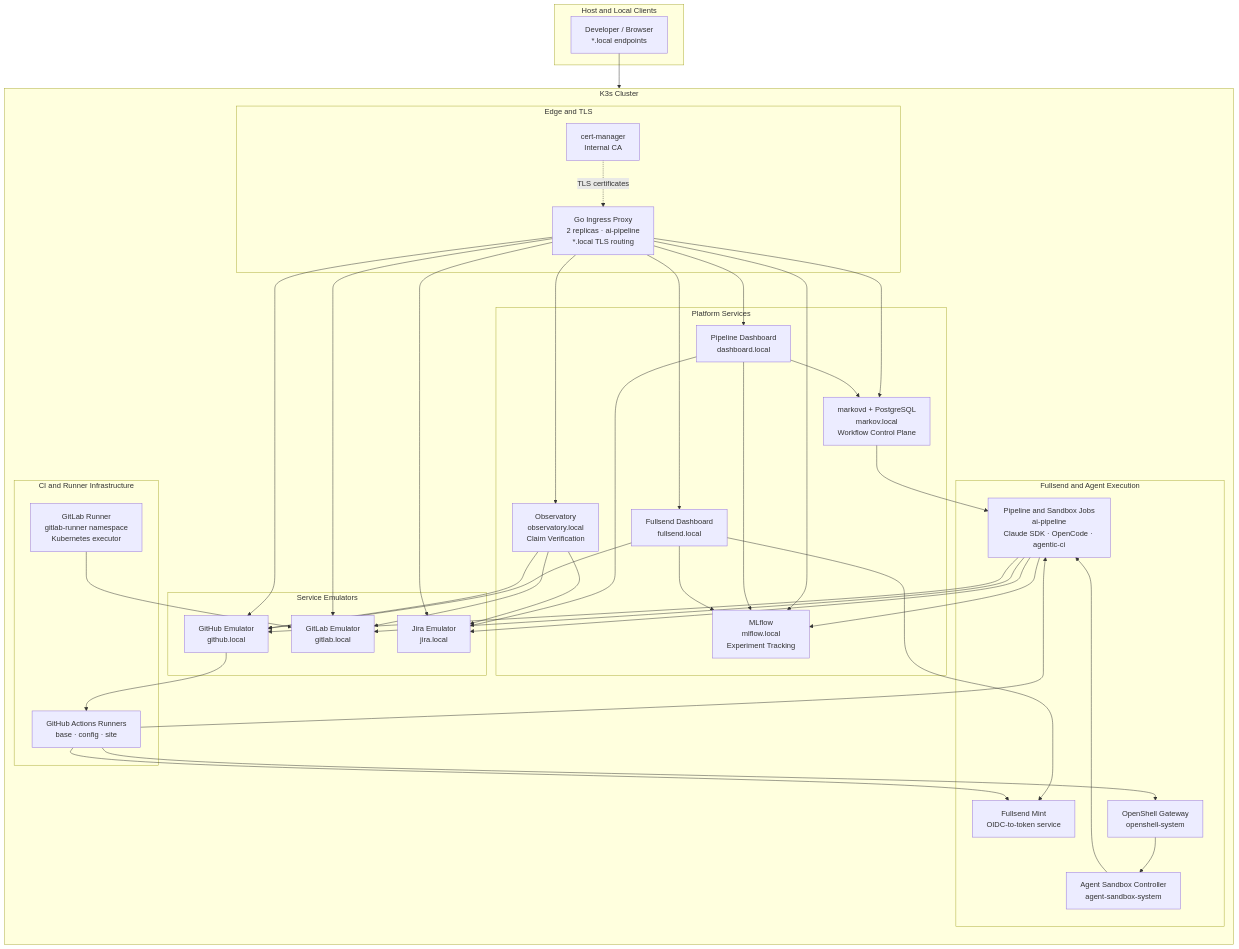
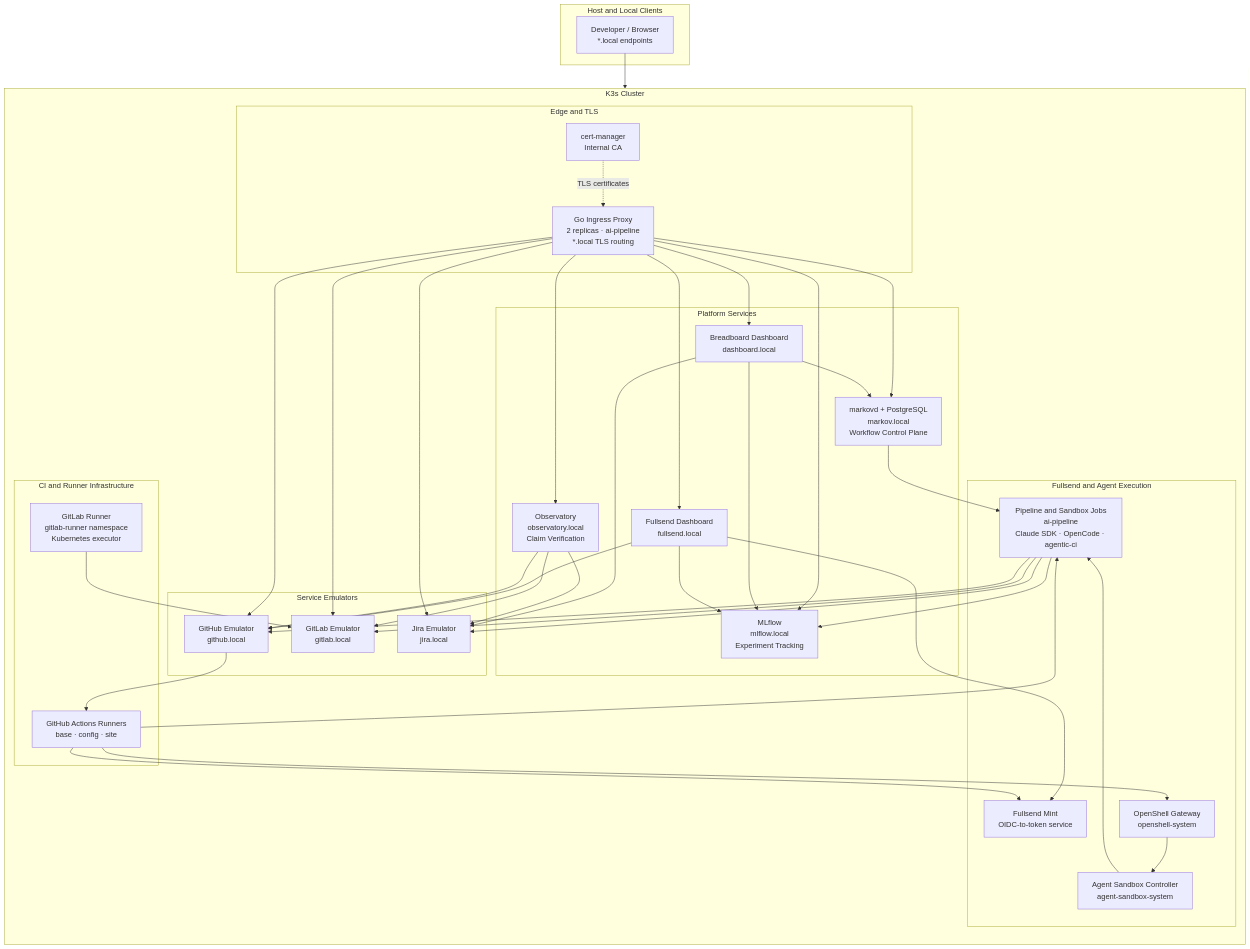
The diagram in README.md (jctanner/breadboard), drawn with Mermaid before and after one commit. The commit also changed other lines of this file and 8 other files, not shown here.

````diff
--- a/README.md
+++ b/README.md
@@ -61,58 +61,58 @@
 ```mermaid
 graph TB
     subgraph host["Host and Local Clients"]
         clients["Developer / Browser<br/>*.local endpoints"]
     end
 
     subgraph k3s["K3s Cluster"]
         direction TB
 
         subgraph edge["Edge and TLS"]
             proxy["Go Ingress Proxy<br/>2 replicas · ai-pipeline<br/>*.local TLS routing"]
             certmgr["cert-manager<br/>Internal CA"]
         end
 
         subgraph core["Platform Services"]
-            dashboard["Pipeline Dashboard<br/>dashboard.local"]
+            dashboard["Breadboard Dashboard<br/>dashboard.local"]
             fullsend_dashboard["Fullsend Dashboard<br/>fullsend.local"]
             markov["markovd + PostgreSQL<br/>markov.local<br/>Workflow Control Plane"]
             mlflow["MLflow<br/>mlflow.local<br/>Experiment Tracking"]
             observatory["Observatory<br/>observatory.local<br/>Claim Verification"]
         end
 
         subgraph emulators["Service Emulators"]
             github["GitHub Emulator<br/>github.local"]
             gitlab["GitLab Emulator<br/>gitlab.local"]
             jira["Jira Emulator<br/>jira.local"]
         end
 
         subgraph runners["CI and Runner Infrastructure"]
             actions["GitHub Actions Runners<br/>base · config · site"]
             gitlab_runner["GitLab Runner<br/>gitlab-runner namespace<br/>Kubernetes executor"]
         end
 
         subgraph fullsend["Fullsend and Agent Execution"]
             mint["Fullsend Mint<br/>OIDC-to-token service"]
             openshell["OpenShell Gateway<br/>openshell-system"]
             sandbox_controller["Agent Sandbox Controller<br/>agent-sandbox-system"]
             jobs["Pipeline and Sandbox Jobs<br/>ai-pipeline<br/>Claude SDK · OpenCode · agentic-ci"]
         end
 
     end
 
     clients --> proxy
     proxy --> dashboard & fullsend_dashboard & mlflow & markov & observatory
     proxy --> github & gitlab & jira
     dashboard --> jira & mlflow & markov
     fullsend_dashboard --> github & mint & mlflow
     markov --> jobs
     jobs --> jira & github & gitlab & mlflow
     github --> actions
     actions --> mint & openshell
     actions --> jobs
     openshell --> sandbox_controller
     sandbox_controller --> jobs
     gitlab_runner --> gitlab
     observatory --> github & gitlab & jira
     certmgr -.->|TLS certificates| proxy
 ```
````
